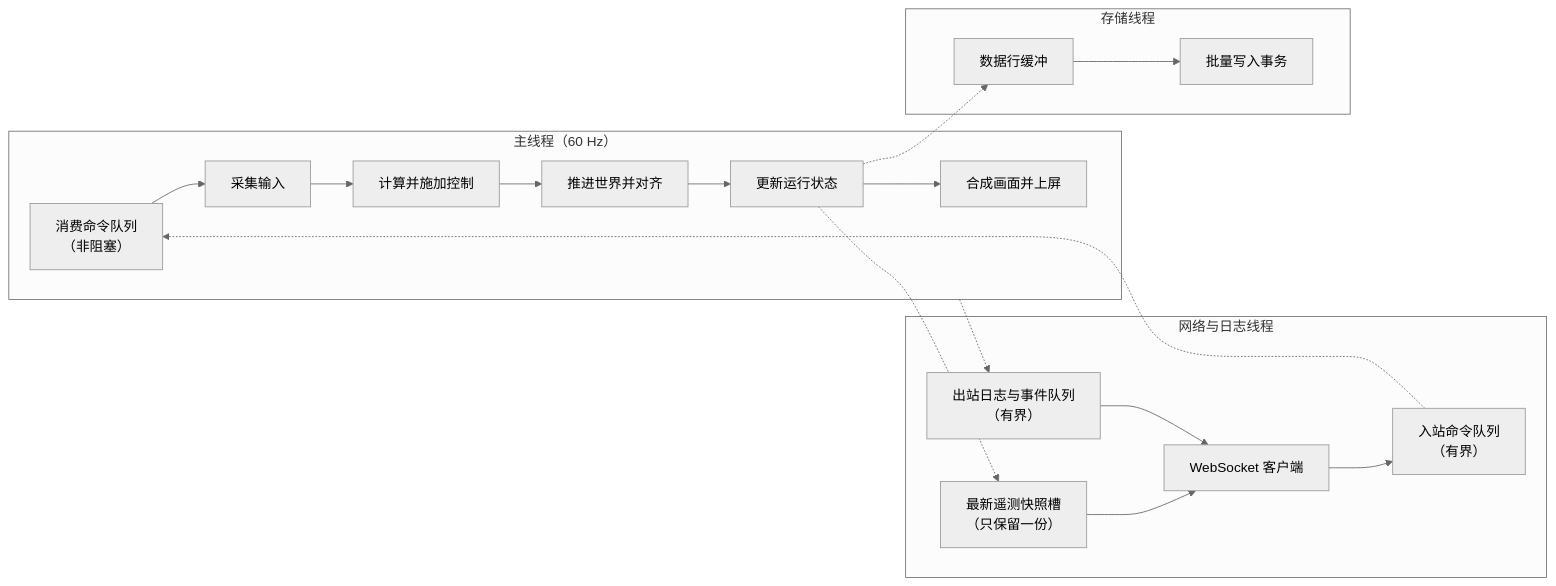
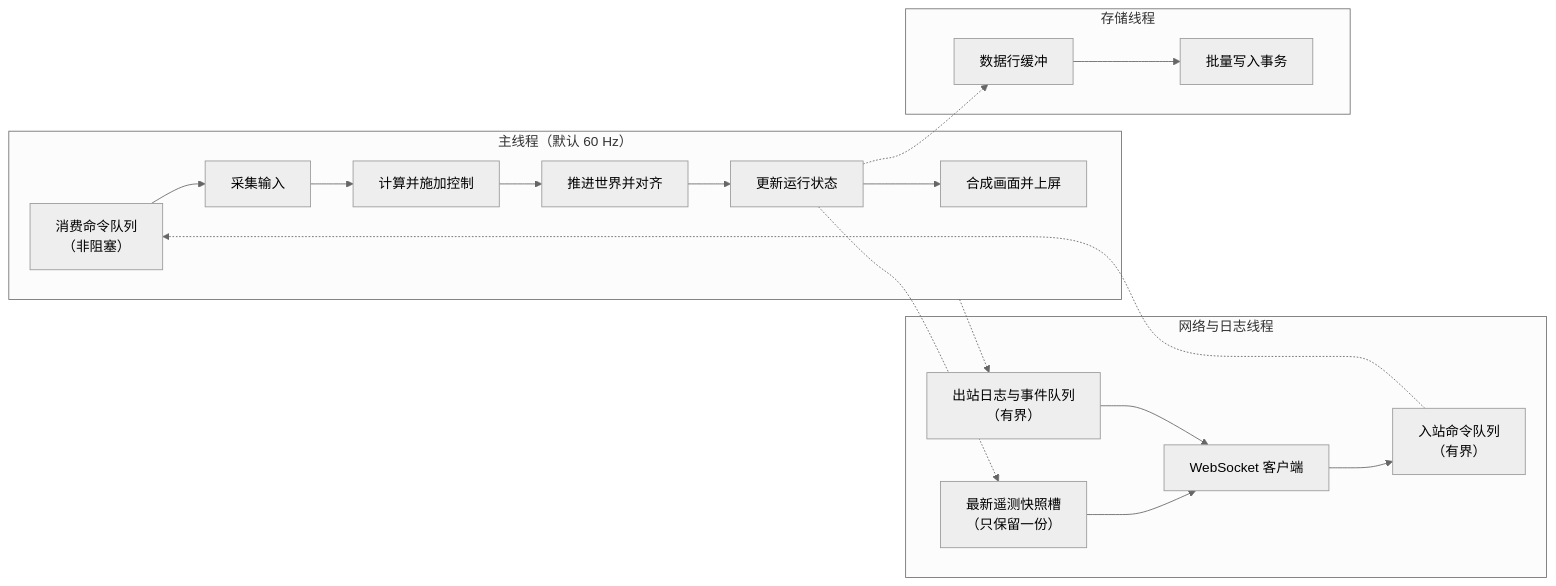
One commit to ZiyuZ/DRISCA changed the fifth of 5 diagrams in docs/design/01-Architecture.md. Above: the diagram before and after it, drawn with Mermaid (neutral theme). The commit also changed other lines of this file and 15 other files, not shown here.

````diff
--- a/docs/design/01-Architecture.md
+++ b/docs/design/01-Architecture.md
@@ -257,33 +263,33 @@
 ```mermaid
 flowchart LR
-    subgraph main["主线程（60 Hz）"]
+    subgraph main["主线程（默认 60 Hz）"]
         cmd["消费命令队列<br/>（非阻塞）"]
         inp["采集输入"]
         ctrl["计算并施加控制"]
         tick["推进世界并对齐"]
         state["更新运行状态"]
         render["合成画面并上屏"]
         cmd --> inp --> ctrl --> tick --> state --> render
     end
 
     subgraph io["网络与日志线程"]
         slot["最新遥测快照槽<br/>（只保留一份）"]
         log_q["出站日志与事件队列<br/>（有界）"]
         cmd_q["入站命令队列<br/>（有界）"]
         ws["WebSocket 客户端"]
     end
 
     subgraph db_worker["存储线程"]
         db_q["数据行缓冲"]
         writer["批量写入事务"]
     end
 
     cmd_q -.-> cmd
     state -.-> slot
     state -.-> db_q
     main -.-> log_q
     slot --> ws
     log_q --> ws
     ws --> cmd_q
     db_q --> writer
 ```
````
